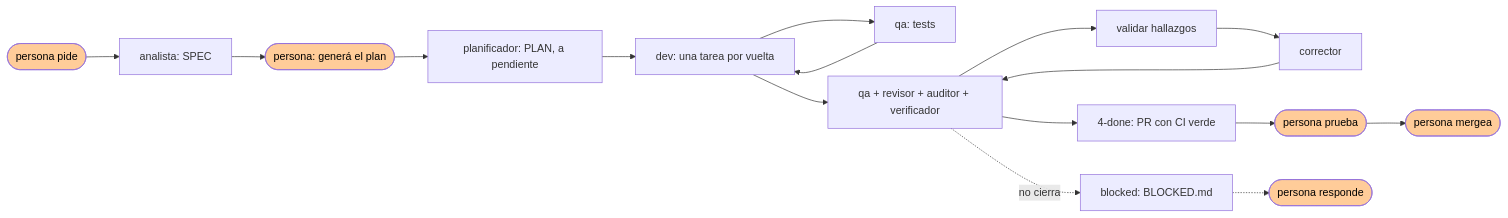
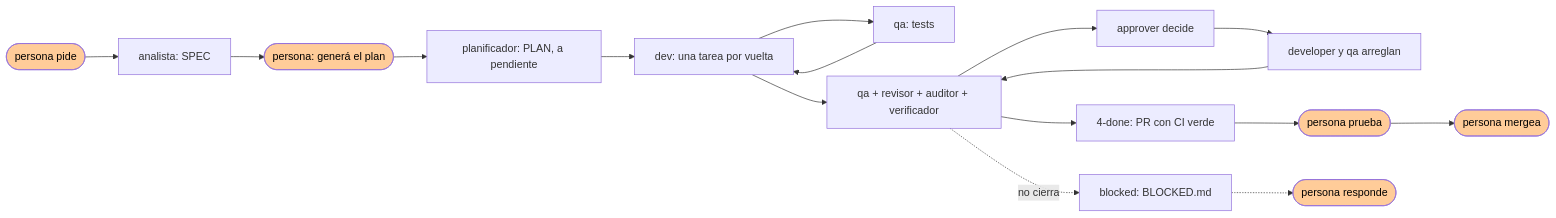
The diagram in README.md (octavio-parozlabs/mindstack), drawn with Mermaid before and after one commit. The commit also changed other lines of this file and 52 other files, not shown here.

````diff
--- a/README.md
+++ b/README.md
@@ -5,10 +5,10 @@
 ```mermaid
 flowchart LR
     A([persona pide]) --> S[analista: SPEC] --> OK([persona: generá el plan]) --> P[planificador: PLAN, a pendiente]
     P --> D[dev: una tarea por vuelta] --> Q[qa: tests] --> D
-    D --> R[qa + revisor + auditor + verificador] --> V[validar hallazgos] --> C[corrector] --> R
+    D --> R[qa + revisor + auditor + verificador] --> V[approver decide] --> C[developer y qa arreglan] --> R
     R --> G["4-done: PR con CI verde"] --> PR([persona prueba]) --> M([persona mergea])
     R -. no cierra .-> B["blocked: BLOCKED.md"] -.-> PB([persona responde])
     classDef persona fill:#fc9,color:#000
     class A,OK,PR,M,PB persona
 ```
````
